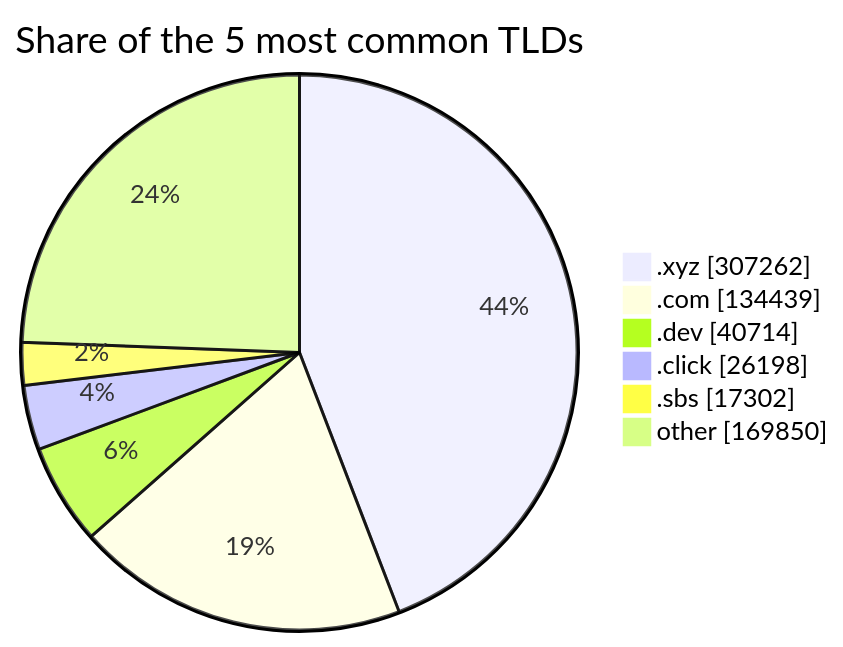
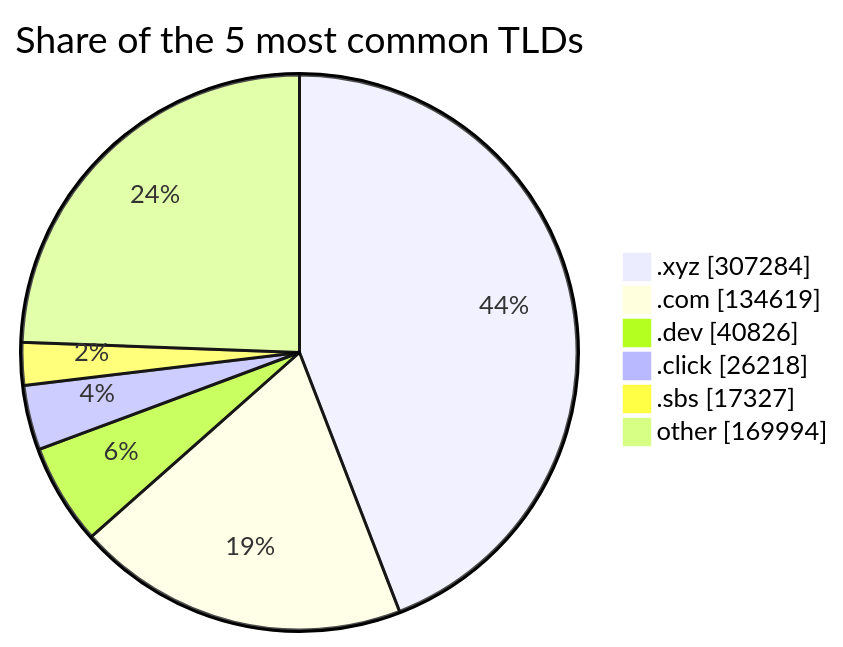
One commit to DNSBunker/CTI changed the third of 3 diagrams in README.md. Above: the diagram before and after it, drawn with Mermaid. The commit also changed other lines of this file and 3 other files, not shown here.

````diff
--- a/README.md
+++ b/README.md
@@ -81,9 +81,9 @@
 ```mermaid
 pie showData title Share of the 5 most common TLDs
-    ".xyz" : 307262
-    ".com" : 134439
-    ".dev" : 40714
-    ".click" : 26198
-    ".sbs" : 17302
-    "other" : 169850
+    ".xyz" : 307284
+    ".com" : 134619
+    ".dev" : 40826
+    ".click" : 26218
+    ".sbs" : 17327
+    "other" : 169994
 ```
````
